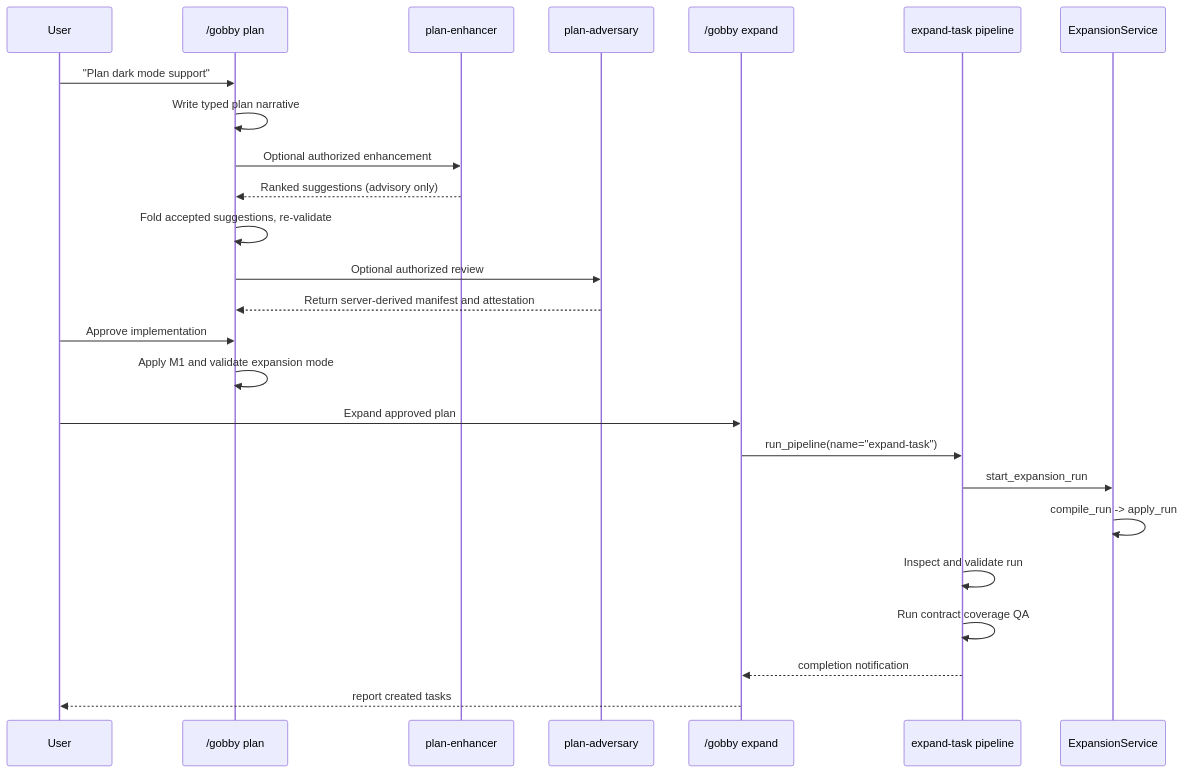
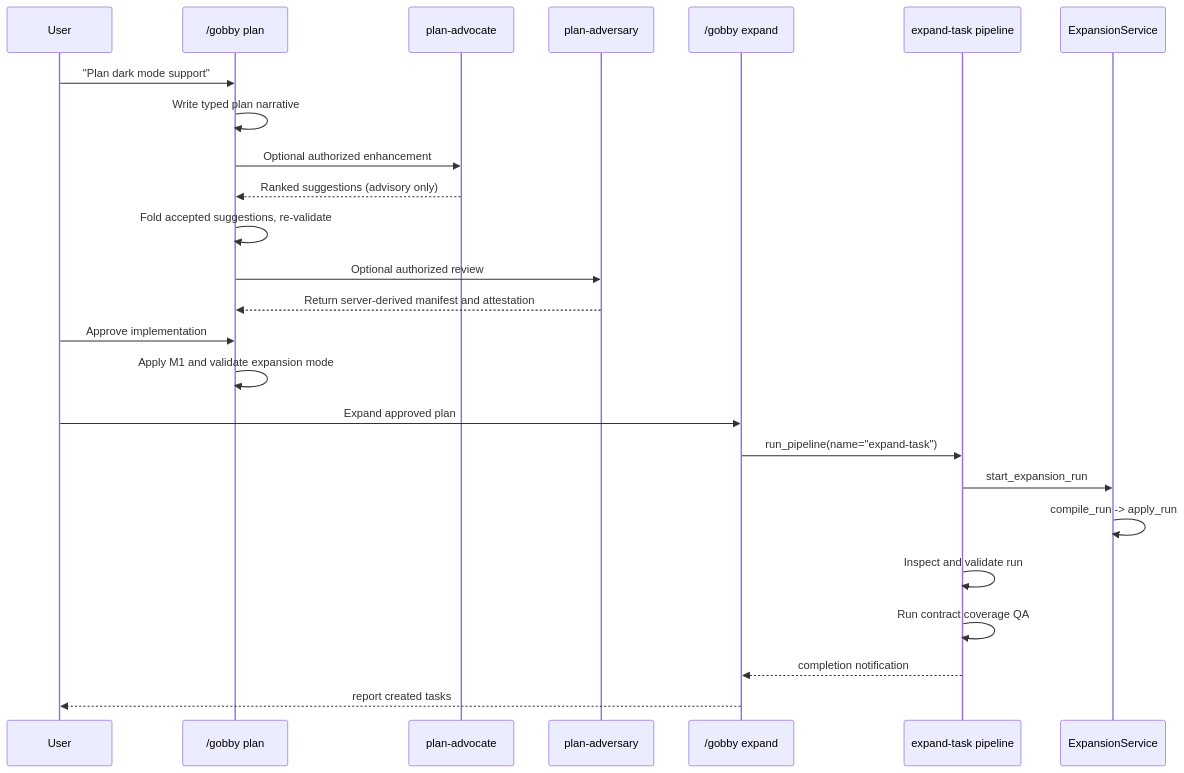
The second of 2 diagrams in docs/guides/task-expansion.md (GobbyAI/gobby), drawn with Mermaid before and after one commit. The commit also changed 103 other files, not shown here.

````diff
--- a/docs/guides/task-expansion.md
+++ b/docs/guides/task-expansion.md
@@ -250,28 +250,28 @@
 ```mermaid
 sequenceDiagram
     participant U as User
     participant P as /gobby plan
-    participant N as plan-enhancer
+    participant N as plan-advocate
     participant R as plan-adversary
     participant E as /gobby expand
     participant EP as expand-task pipeline
     participant XS as ExpansionService
 
     U->>P: "Plan dark mode support"
     P->>P: Write typed plan narrative
     P->>N: Optional authorized enhancement
     N-->>P: Ranked suggestions (advisory only)
     P->>P: Fold accepted suggestions, re-validate
     P->>R: Optional authorized review
     R-->>P: Return server-derived manifest and attestation
     U->>P: Approve implementation
     P->>P: Apply M1 and validate expansion mode
     U->>E: Expand approved plan
     E->>EP: run_pipeline(name="expand-task")
     EP->>XS: start_expansion_run
     XS->>XS: compile_run -> apply_run
     EP->>EP: Inspect and validate run
     EP->>EP: Run contract coverage QA
     EP-->>E: completion notification
     E-->>U: report created tasks
 ```
````
